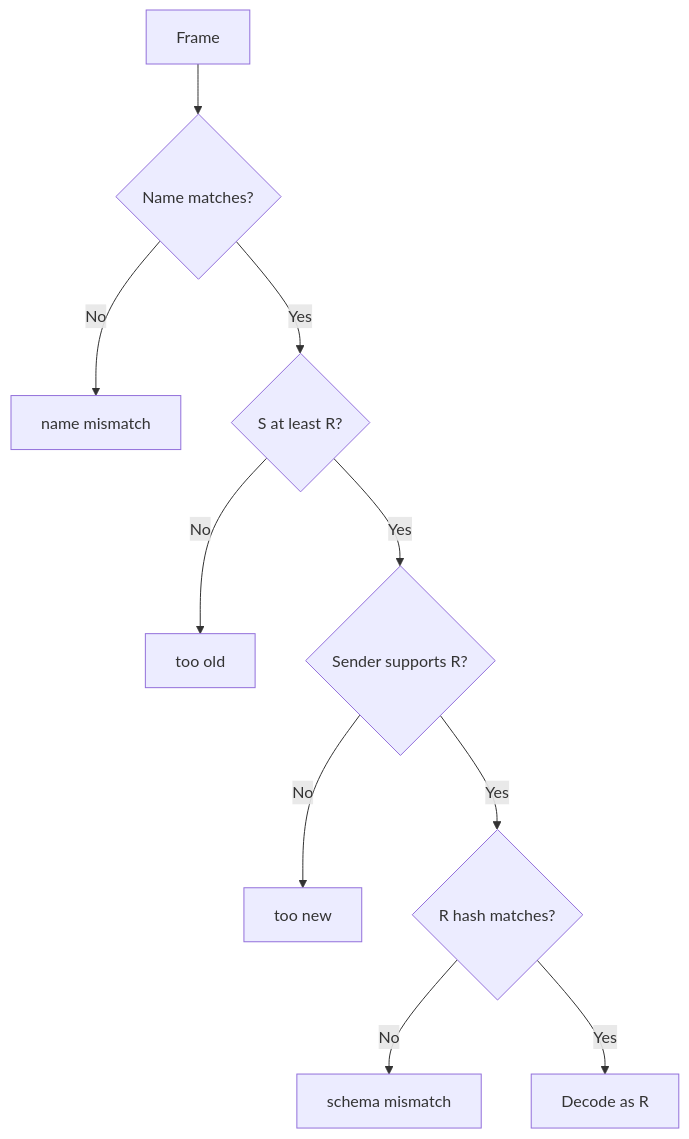
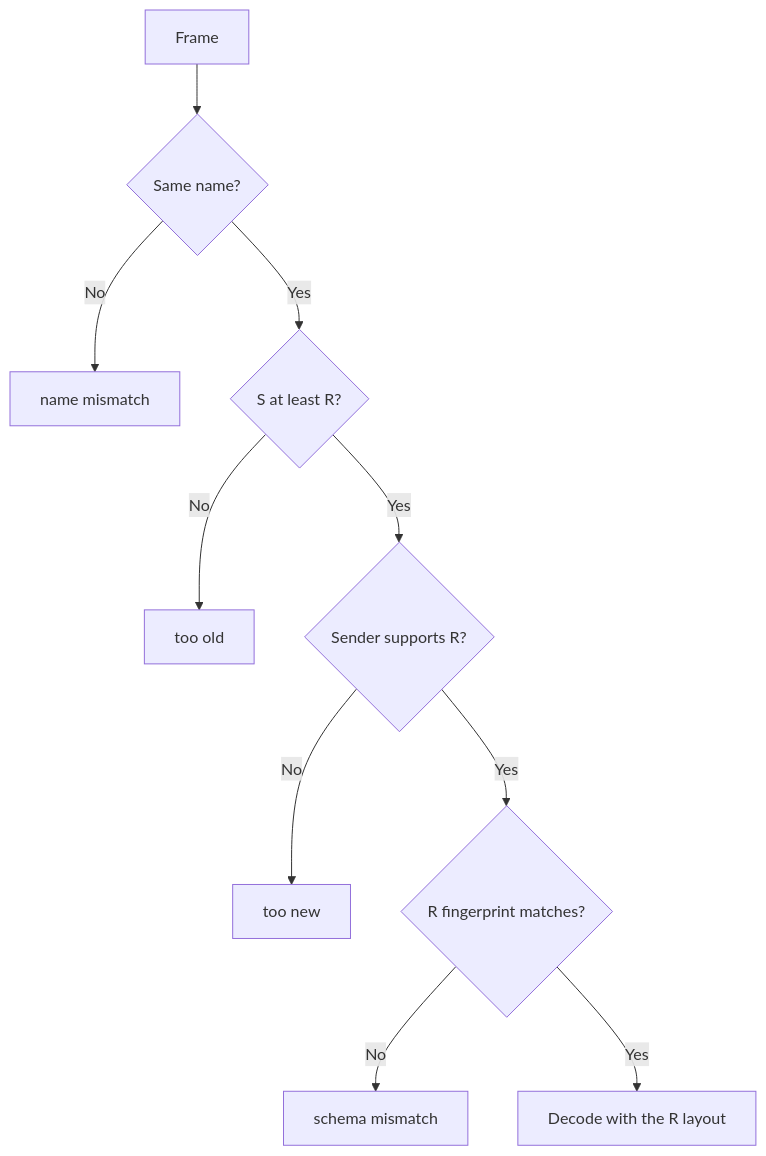
The first of 5 diagrams in README.md (splendidz/protaco), drawn with Mermaid before and after one commit. The commit also changed other lines of this file and 10 other files, not shown here.

````diff
--- a/README.md
+++ b/README.md
@@ -516,12 +956,12 @@
 ```mermaid
 flowchart TD
-    A["Frame"] --> B{"Name matches?"}
+    A["Frame"] --> B{"Same name?"}
     B -- No --> E1["name mismatch"]
     B -- Yes --> C{"S at least R?"}
     C -- No --> E2["too old"]
     C -- Yes --> D{"Sender supports R?"}
     D -- No --> E3["too new"]
-    D -- Yes --> H{"R hash matches?"}
+    D -- Yes --> H{"R fingerprint matches?"}
     H -- No --> E4["schema mismatch"]
-    H -- Yes --> F["Decode as R"]
+    H -- Yes --> F["Decode with the R layout"]
 ```
````
